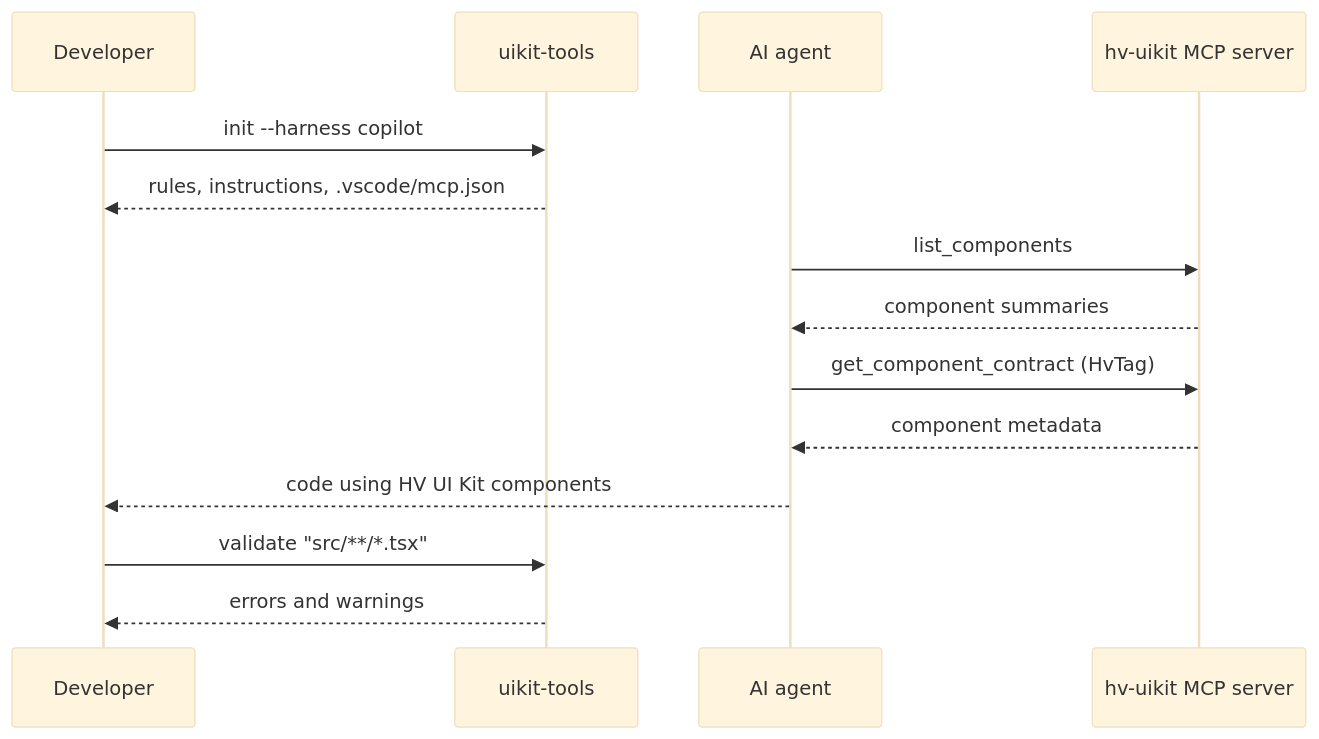
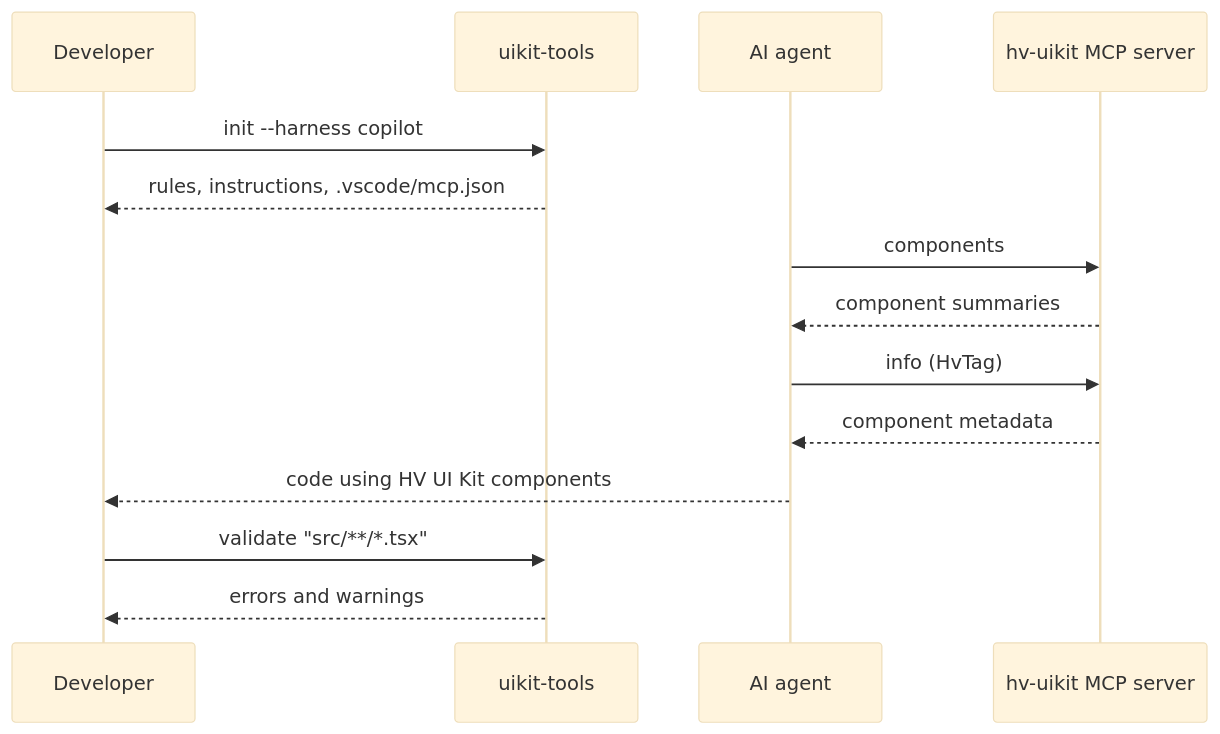
One commit to lumada-design/hv-uikit-react changed the second of 2 diagrams in packages/tools/README.md. Above: the diagram before and after it, drawn with Mermaid (base theme). The commit also changed other lines of this file and 5 other files, not shown here.

````diff
--- a/packages/tools/README.md
+++ b/packages/tools/README.md
@@ -155,16 +155,16 @@
 ```mermaid
 sequenceDiagram
     participant Dev as Developer
     participant CLI as uikit-tools
     participant Agent as AI agent
     participant MCP as hv-uikit MCP server
     Dev->>CLI: init --harness copilot
     CLI-->>Dev: rules, instructions, .vscode/mcp.json
-    Agent->>MCP: list_components
+    Agent->>MCP: components
     MCP-->>Agent: component summaries
-    Agent->>MCP: get_component_contract (HvTag)
+    Agent->>MCP: info (HvTag)
     MCP-->>Agent: component metadata
     Agent-->>Dev: code using HV UI Kit components
     Dev->>CLI: validate "src/**/*.tsx"
     CLI-->>Dev: errors and warnings
 ```
````
